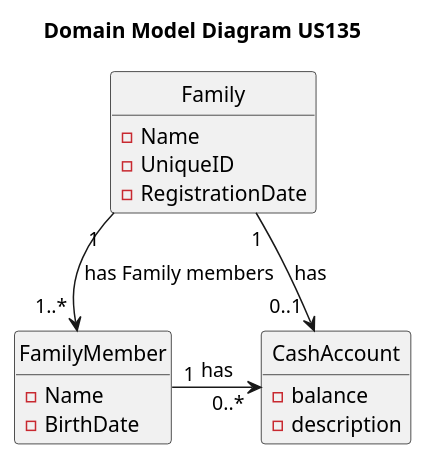
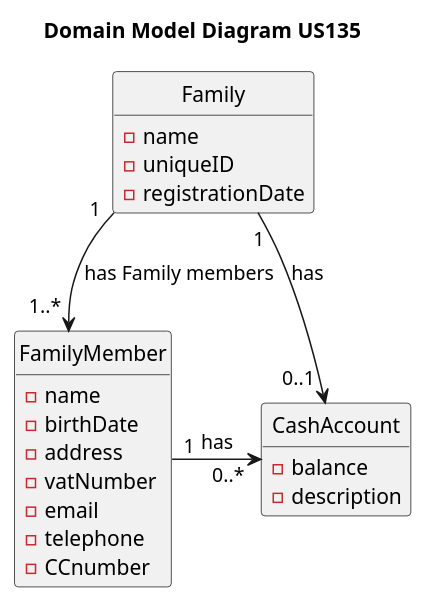
The second of 7 diagrams in docs/sprint2/user_stories/US135_CheckFamilyOrFamilyMemberCashAccountBalance.md (tomas-osswald/switch_2020_g3), drawn with PlantUML before and after one commit. The commit also changed other lines of this file, not shown here.

Commit message:
changes to us135 documentation

````diff
--- a/docs/sprint2/user_stories/US135_CheckFamilyOrFamilyMemberCashAccountBalance.md
+++ b/docs/sprint2/user_stories/US135_CheckFamilyOrFamilyMemberCashAccountBalance.md
@@ -83,26 +83,31 @@
 ```puml
 hide empty members
 hide circle
 title Domain Model Diagram US135
 
 class Family {
-- Name
-- UniqueID
-- RegistrationDate
+- name
+- uniqueID
+- registrationDate
 
 }
 
 class FamilyMember {
-- Name
-- BirthDate
+- name
+- birthDate
+- address
+- vatNumber
+- email
+- telephone
+- CCnumber
 }
 
 class CashAccount {
 - balance
 - description
 }
 
 Family "1" -down-> "1..* " FamilyMember : has Family members
 FamilyMember "1" -> "0..* " CashAccount  : has
 Family "1" -> "0..1 " CashAccount : has
 ```
````
